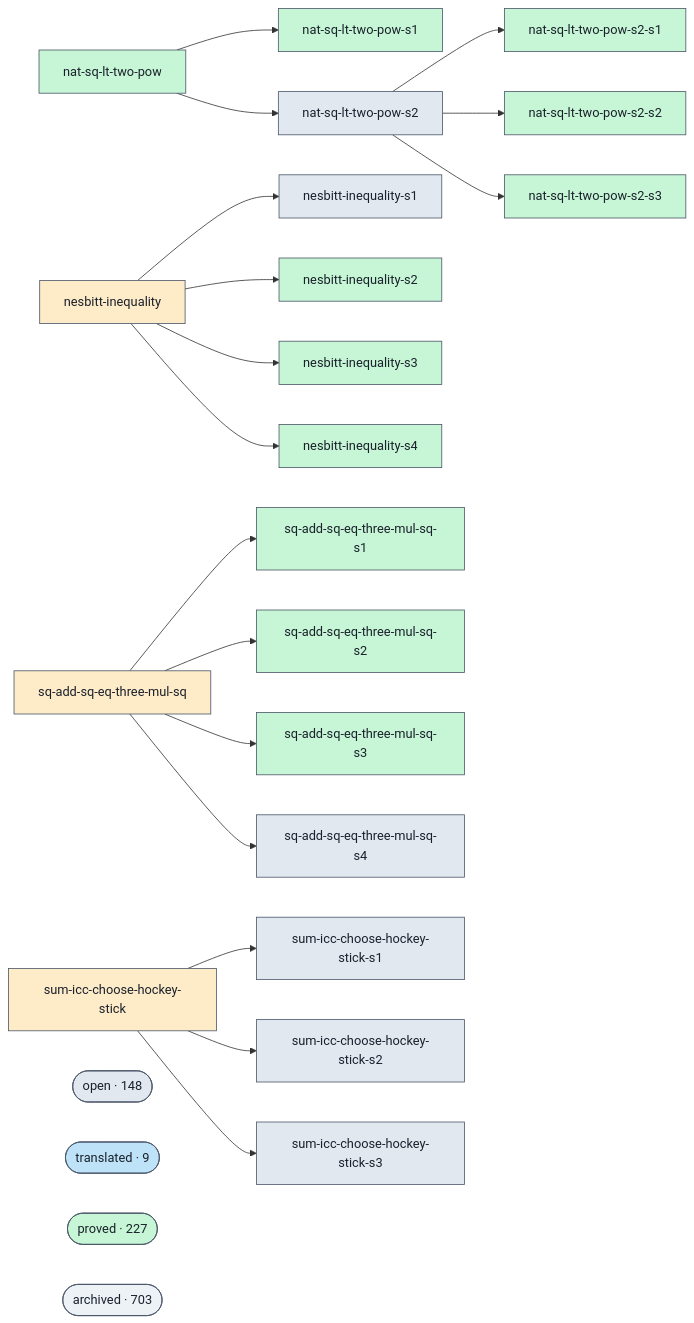
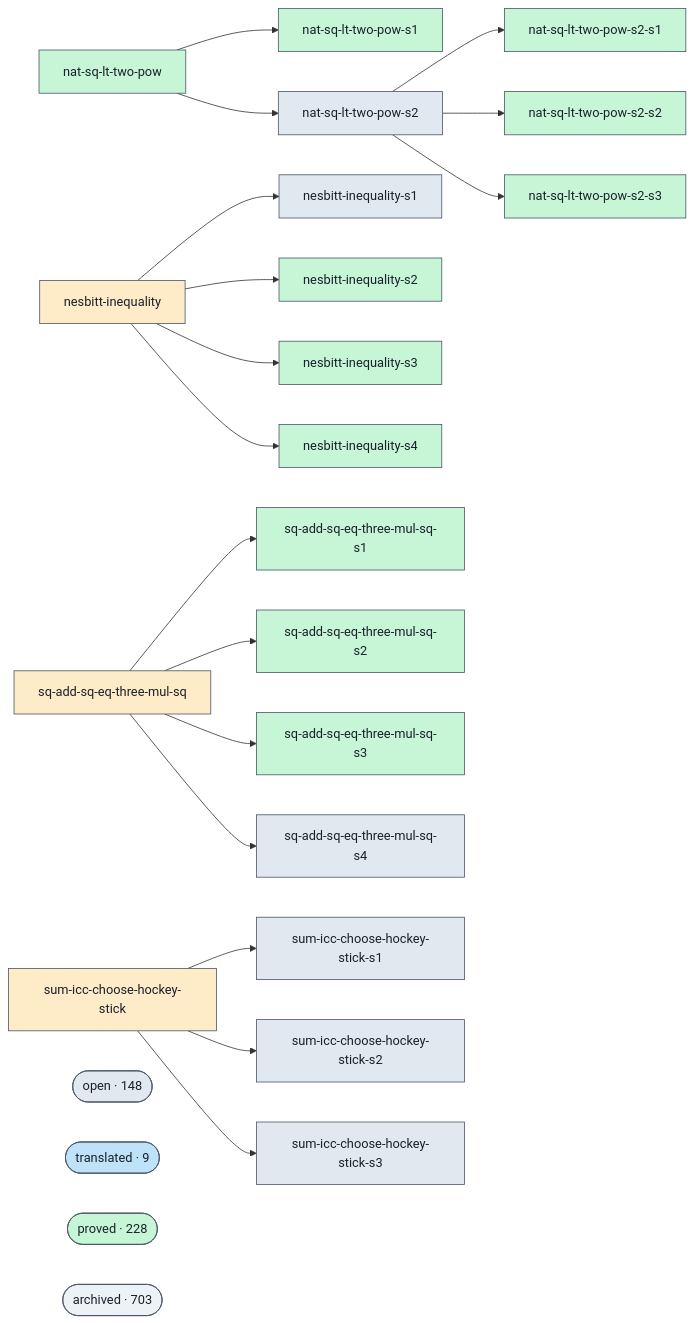
One commit to ohdearquant/unsorry changed the diagram in docs/proofs-contributors-visualisation.md. Above: the diagram before and after it, drawn with Mermaid. The commit also changed other lines of this file and 2 other files, not shown here.

```diff
--- a/docs/proofs-contributors-visualisation.md
+++ b/docs/proofs-contributors-visualisation.md
@@ -102,7 +102,7 @@
   class cluster_open open;
   cluster_translated(["translated · 9"])
   class cluster_translated translated;
-  cluster_proved(["proved · 227"])
+  cluster_proved(["proved · 228"])
   class cluster_proved proved;
   cluster_archived(["archived · 703"])
   class cluster_archived unknown;
```
